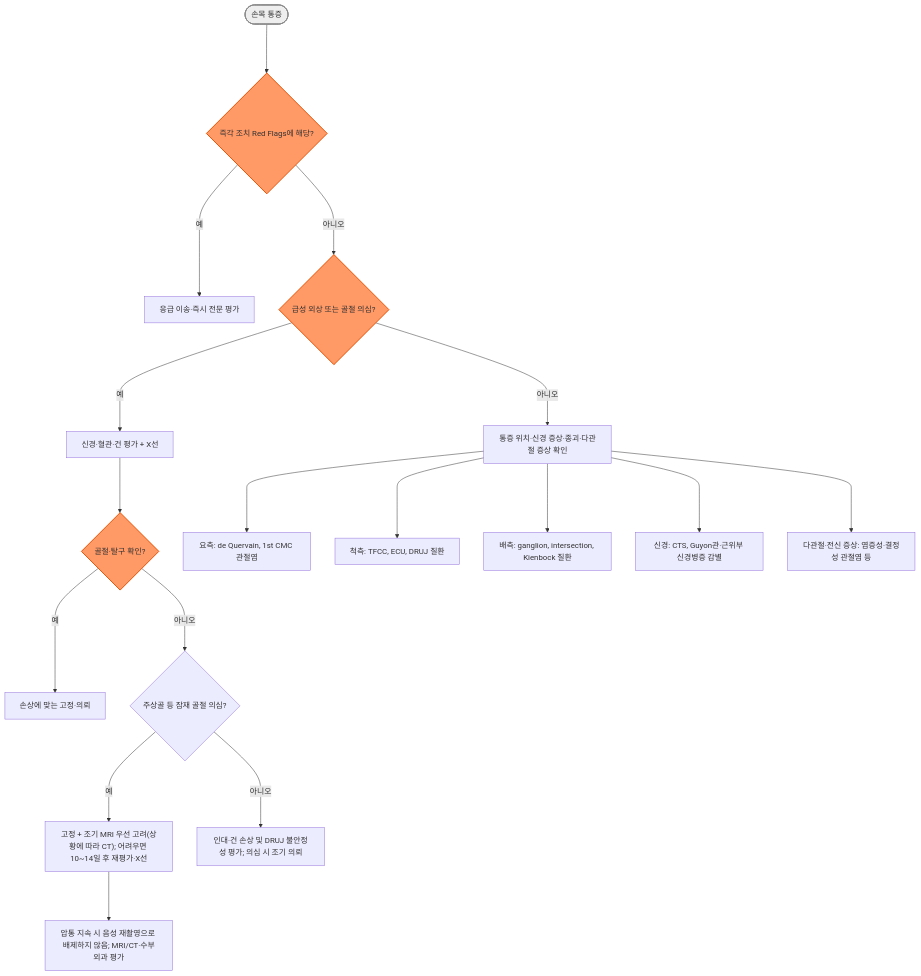
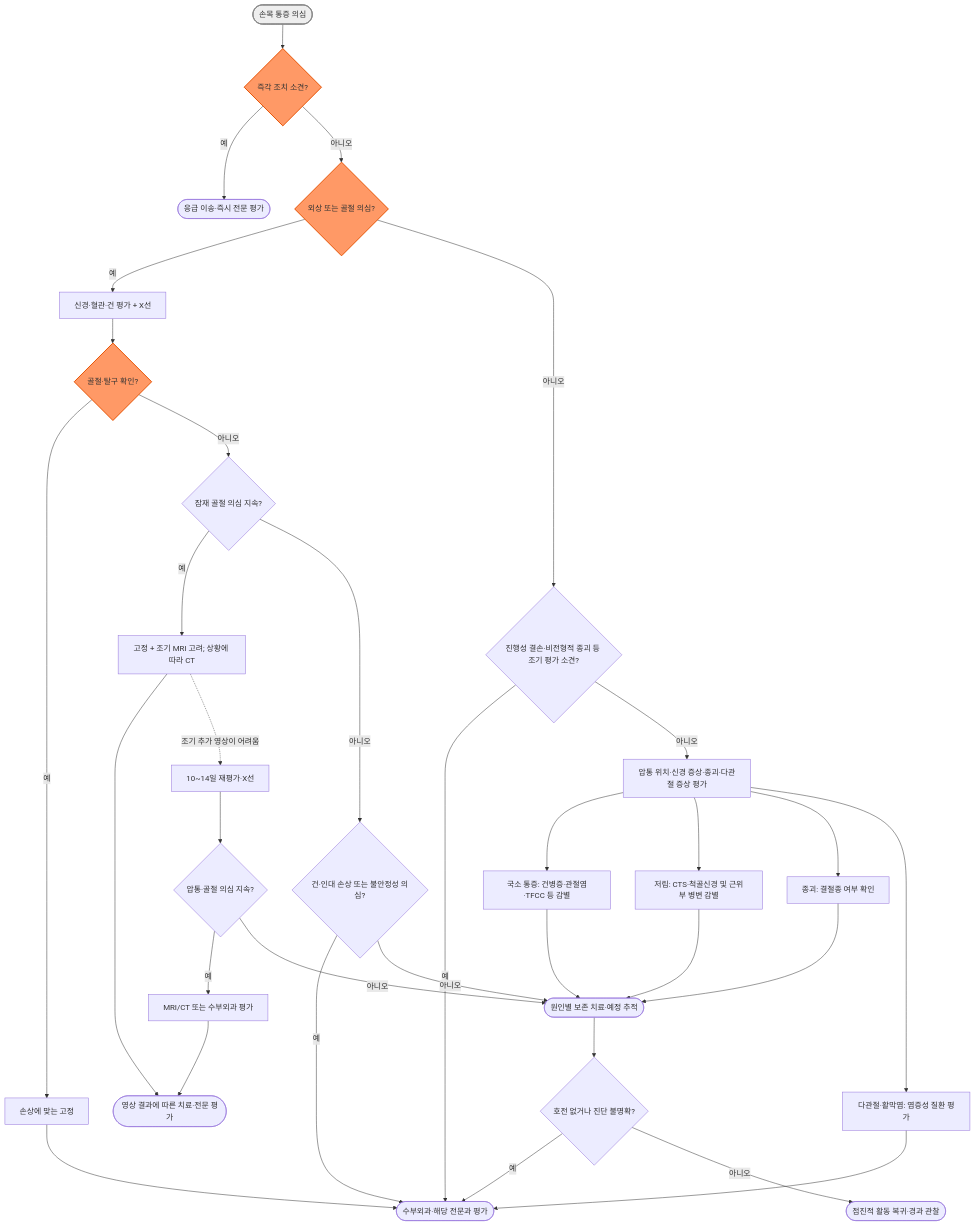
One commit to familyoh77/familyoh77 changed the diagram in 228_/141_-wrist-pain.md. Above: the diagram before and after it, drawn with Mermaid. The commit also changed other lines of this file and 9 other files, not shown here.

````diff
--- a/228_/141_-wrist-pain.md
+++ b/228_/141_-wrist-pain.md
@@ -203,23 +225,39 @@
 ```mermaid
 graph TD
-    Start(["손목 통증"]) ---> RF{"즉각 조치 Red Flags에 해당?"}
-    RF --->|예| ER["응급 이송·즉시 전문 평가"]
-    RF --->|아니오| Trauma{"급성 외상 또는 골절 의심?"}
-    Trauma --->|예| XR["신경·혈관·건 평가 + X선"]
-    XR ---> Result{"골절·탈구 확인?"}
-    Result --->|예| Fix["손상에 맞는 고정·의뢰"]
-    Result --->|아니오| Susp{"주상골 등 잠재 골절 의심?"}
-    Susp --->|예| Occult["고정 + 조기 MRI 우선 고려(상황에 따라 CT); 어려우면 10~14일 후 재평가·X선"]
-    Occult ---> Persist["압통 지속 시 음성 재촬영으로 배제하지 않음; MRI/CT·수부외과 평가"]
-    Susp --->|아니오| Soft["인대·건 손상 및 DRUJ 불안정성 평가; 의심 시 조기 의뢰"]
-    Trauma --->|아니오| Local["통증 위치·신경 증상·종괴·다관절 증상 확인"]
-    Local ---> Radial["요측: de Quervain, 1st CMC 관절염"]
-    Local ---> Ulnar["척측: TFCC, ECU, DRUJ 질환"]
-    Local ---> Dorsal["배측: ganglion, intersection, Kienbock 질환"]
-    Local ---> Neuro["신경: CTS, Guyon관·근위부 신경병증 감별"]
-    Local ---> Systemic["다관절·전신 증상: 염증성·결정성 관절염 등"]
+    Start(["손목 통증 의심"]) --> RF{"즉각 조치 소견?"}
+    RF -->|예| ER(["응급 이송·즉시 전문 평가"])
+    RF -->|아니오| Trauma{"외상 또는 골절 의심?"}
+    Trauma -->|예| XR["신경·혈관·건 평가 + X선"]
+    XR --> Result{"골절·탈구 확인?"}
+    Result -->|예| Fix["손상에 맞는 고정"]
+    Fix --> Refer(["수부외과·해당 전문과 평가"])
+    Result -->|아니오| Susp{"잠재 골절 의심 지속?"}
+    Susp -->|예| Occult["고정 + 조기 MRI 고려; 상황에 따라 CT"]
+    Occult --> Plan(["영상 결과에 따른 치료·전문 평가"])
+    Occult -.->|조기 추가 영상이 어려움| Follow["10~14일 재평가·X선"]
+    Follow --> Persist{"압통·골절 의심 지속?"}
+    Persist -->|예| Further["MRI/CT 또는 수부외과 평가"]
+    Further --> Plan
+    Persist -->|아니오| Care
+    Susp -->|아니오| Soft{"건·인대 손상 또는 불안정성 의심?"}
+    Soft -->|예| Refer
+    Soft -->|아니오| Care(["원인별 보존 치료·예정 추적"])
+    Trauma -->|아니오| Early{"진행성 결손·비전형적 종괴 등 조기 평가 소견?"}
+    Early -->|예| Refer
+    Early -->|아니오| Local["압통 위치·신경 증상·종괴·다관절 증상 평가"]
+    Local --> Mechanical["국소 통증: 건병증·관절염·TFCC 등 감별"]
+    Local --> Neuro["저림: CTS·척골신경 및 근위부 병변 감별"]
+    Local --> Mass["종괴: 결절종 여부 확인"]
+    Local --> Systemic["다관절·활막염: 염증성 질환 평가"]
+    Mechanical --> Care
+    Neuro --> Care
+    Mass --> Care
+    Systemic --> Refer
+    Care --> Recheck{"호전 없거나 진단 불명확?"}
+    Recheck -->|예| Refer
+    Recheck -->|아니오| End(["점진적 활동 복귀·경과 관찰"])
     classDef startNode fill:#eeeeee,stroke:#888888,stroke-width:2px
     classDef mainNode fill:#f96,stroke:#e65100,stroke-width:2px
     class Start startNode
     class RF,Trauma,Result mainNode
 ```
````
